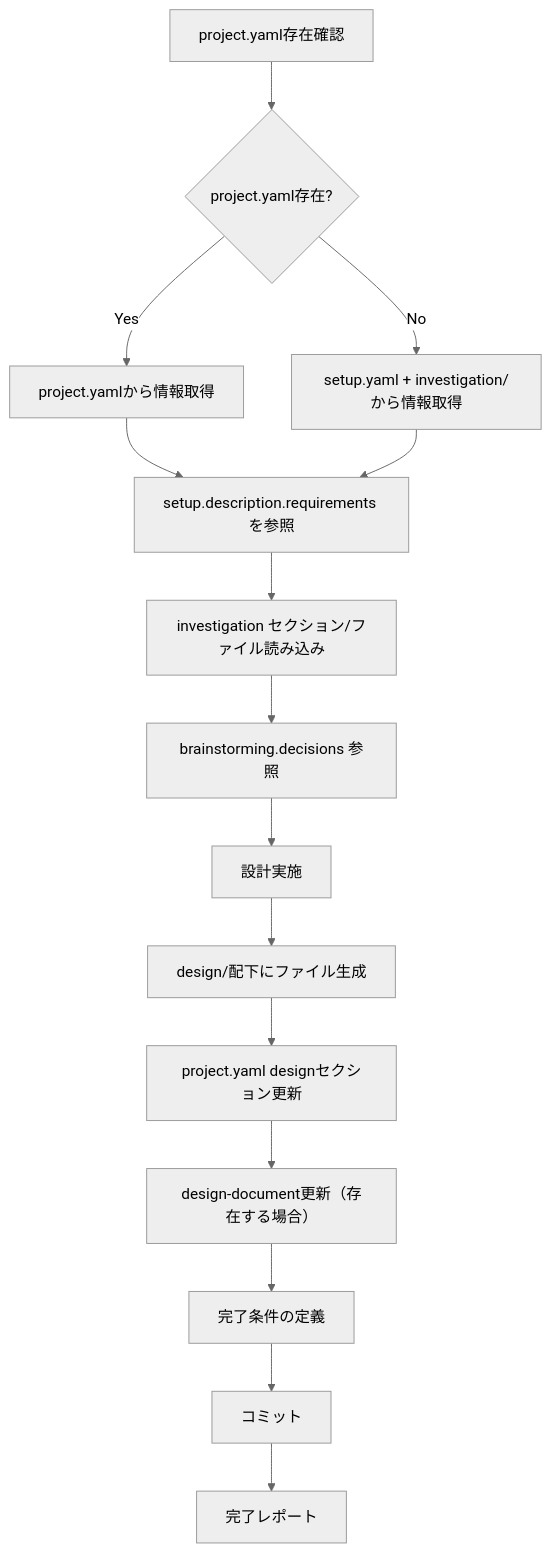
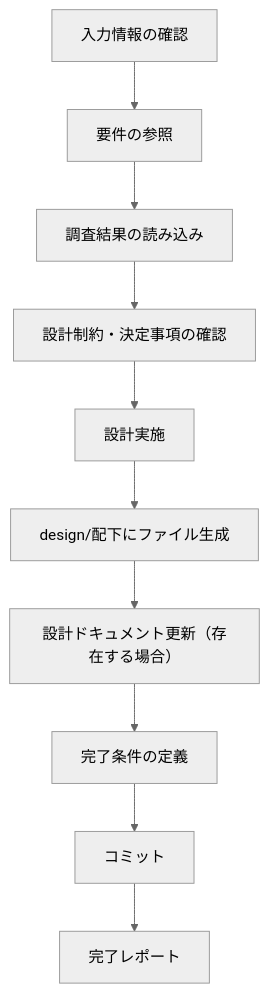
The first of 3 diagrams in .claude/skills/design/SKILL.md (NagasakaH/dev-process), drawn with Mermaid (neutral theme) before and after one commit. The commit also changed other lines of this file and 30 other files, not shown here.

````diff
--- a/.claude/skills/design/SKILL.md
+++ b/.claude/skills/design/SKILL.md
@@ -122,17 +67,12 @@
 ```mermaid
 flowchart TD
-    A[project.yaml存在確認] --> B{project.yaml存在?}
-    B -->|Yes| C[project.yamlから情報取得]
-    B -->|No| D[setup.yaml + investigation/から情報取得]
-    C --> E[setup.description.requirements を参照]
-    D --> E
-    E --> F[investigation セクション/ファイル読み込み]
-    F --> G[brainstorming.decisions 参照]
-    G --> H[設計実施]
-    H --> I[design/配下にファイル生成]
-    I --> J[project.yaml designセクション更新]
-    J --> K[design-document更新（存在する場合）]
-    K --> L[完了条件の定義]
-    L --> M[コミット]
-    M --> N[完了レポート]
+    A[入力情報の確認] --> B[要件の参照]
+    B --> C[調査結果の読み込み]
+    C --> D[設計制約・決定事項の確認]
+    D --> E[設計実施]
+    E --> F[design/配下にファイル生成]
+    F --> G[設計ドキュメント更新（存在する場合）]
+    G --> H[完了条件の定義]
+    H --> I[コミット]
+    I --> J[完了レポート]
 ```
````
